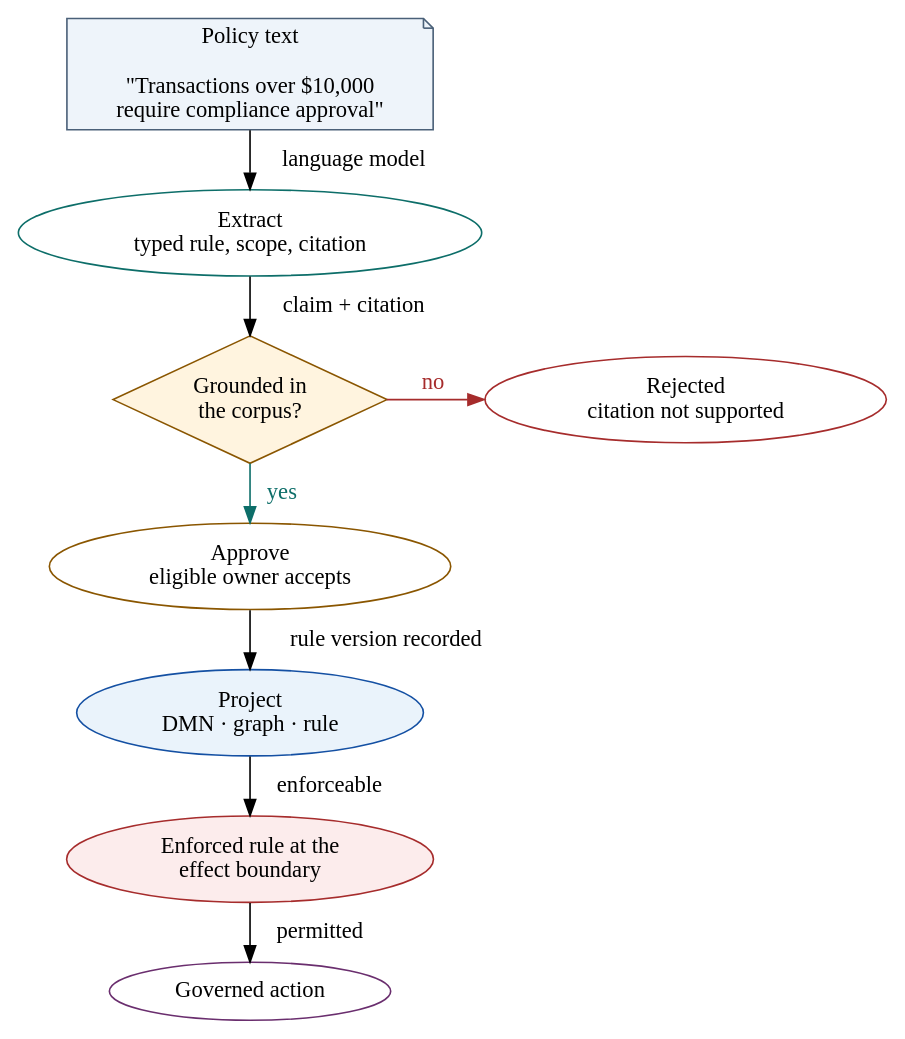
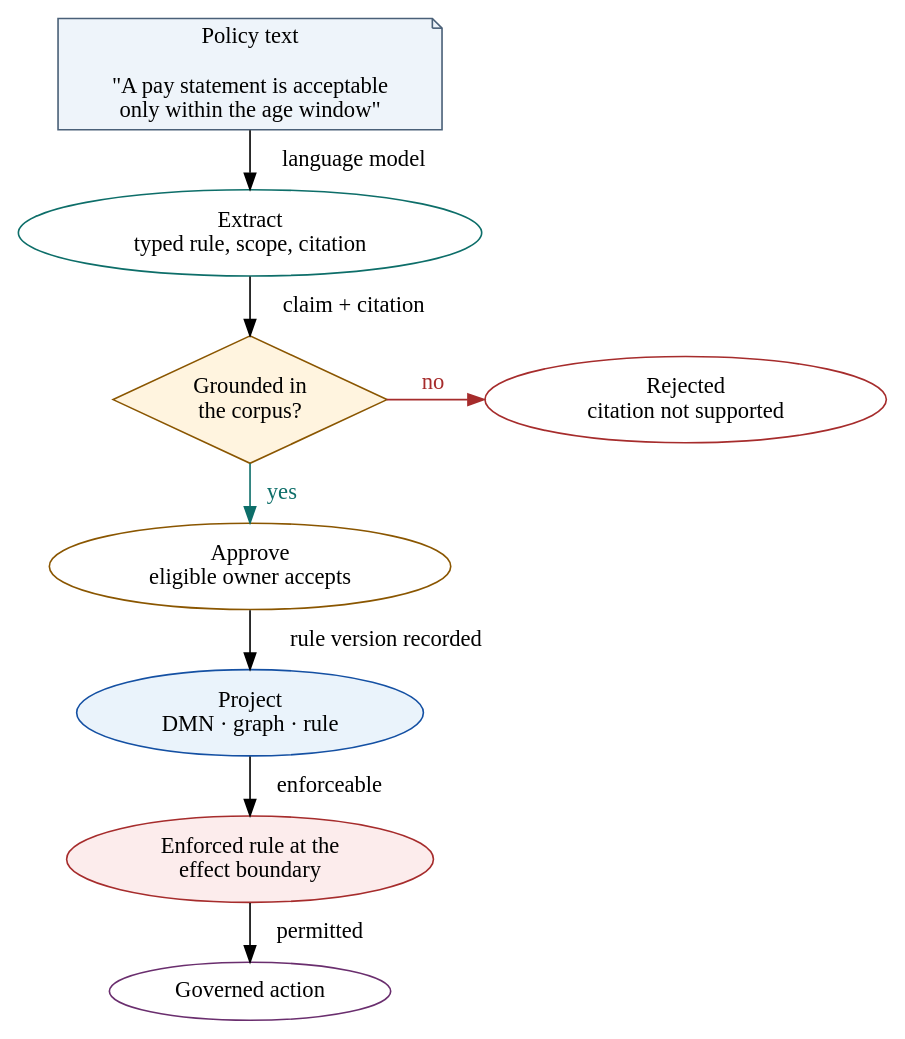
One commit to rrahimi-uci/building-enterprise-general-intelligence changed the diagram in assets/diagrams/src/policy-to-guardrail.gv. Above: the diagram before and after it, drawn with Graphviz. The commit also changed 84 other files, not shown here.

First line of the commit message:
Fix print-scale figure, cover, and table layout defects (pass 2, P2-C)

```diff
--- a/assets/diagrams/src/policy-to-guardrail.gv
+++ b/assets/diagrams/src/policy-to-guardrail.gv
@@ -1,29 +1,31 @@
 // Figure 5-2 — Extract, prove, approve, project.
 // Message: extraction is probabilistic and verification is not, so the gate in
 // the middle is the load-bearing part. Ungrounded claims leave the pipeline, and
 // an accountable owner approves the interpretation before it is enforced.
+// The policy sentence is the chapter's own example (a pay-statement age window),
+// not an unrelated payments rule.
 digraph policy_to_guardrail {
   rankdir = TB
   graph [ranksep=0.30, nodesep=0.35]
 
-  policy [label="Policy text\n\n\"Transactions over $10,000\nrequire compliance approval\"",
+  policy [label="Policy text\n\n\"A pay statement is acceptable\nonly within the age window\"",
           fillcolor="#EEF4FA", color="#4A6078", shape=note, style=filled]
   extract [label="Extract\ntyped rule, scope, citation", fillcolor="#E7F5F3", color="#0D6E69"]
   prove [label="Grounded in\nthe corpus?", fillcolor="#FFF4DF", color="#8A5600", shape=diamond,
          style=filled, height=1.1, width=2.0]
   reject [label="Rejected\ncitation not supported", fillcolor="#FCECEC", color="#A62C2C"]
   approve [label="Approve\neligible owner accepts", fillcolor="#FFF4DF", color="#8A5600"]
   project [label="Project\nDMN · graph · rule", fillcolor="#EAF3FB", color="#1450A3", style=filled]
   guard [label="Enforced rule at the\neffect boundary", fillcolor="#FCECEC", color="#A62C2C", style=filled]
   action [label="Governed action", fillcolor="#F7ECF8", color="#6A2E6E"]
 
   policy -> extract [label="  language model  "]
   extract -> prove [label="  claim + citation  "]
   prove -> reject [label="  no  ", color="#A62C2C", fontcolor="#A62C2C"]
   prove -> approve [label="  yes  ", color="#0D6E69", fontcolor="#0D6E69"]
   approve -> project [label="  rule version recorded  "]
   project -> guard [label="  enforceable  "]
   guard -> action [label="  permitted  "]
 
   { rank=same; prove; reject }
 }
```
